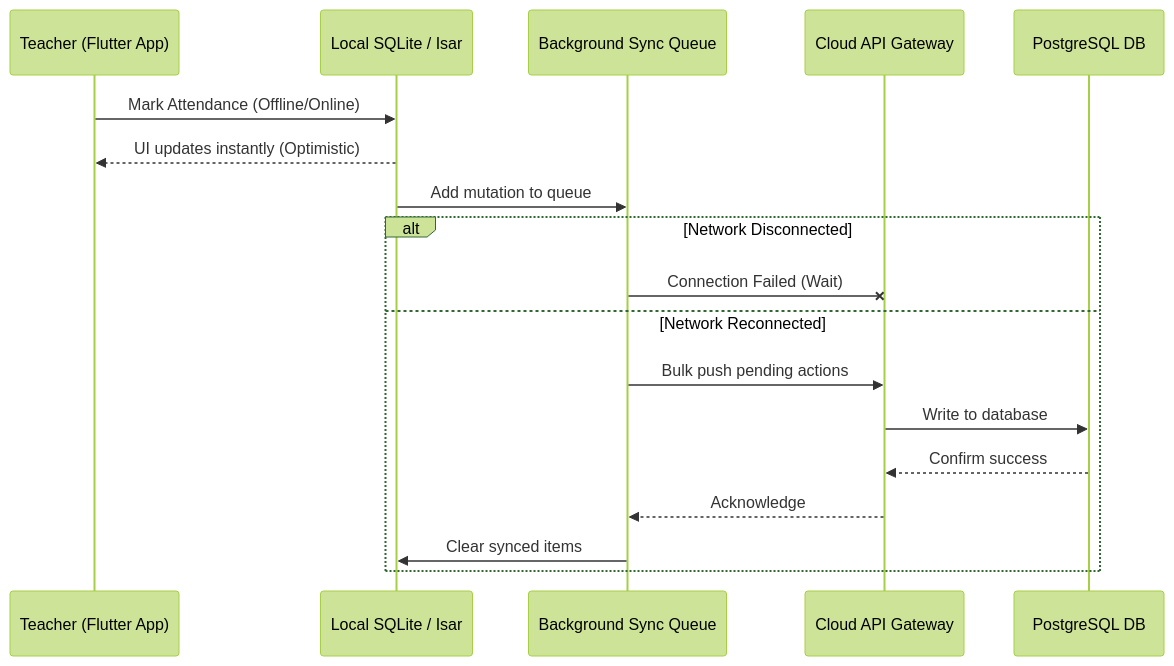
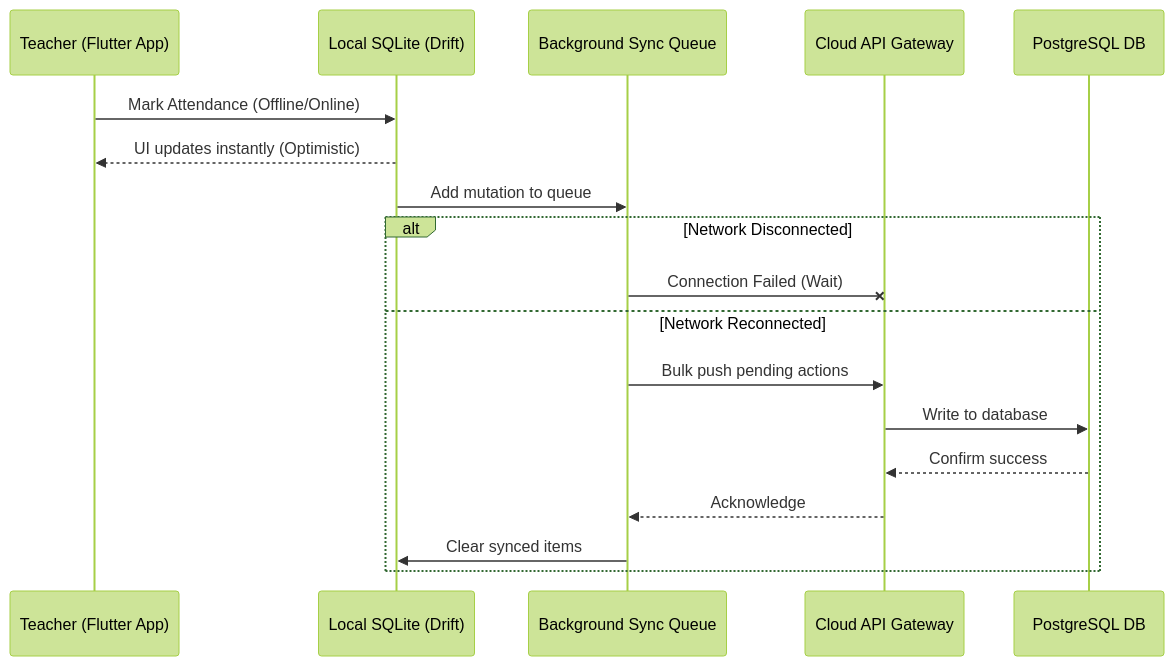
One commit to eddy7896/OSCH changed the fifth of 15 diagrams in documentation/OruSchools SSOT.md. Above: the diagram before and after it, drawn with Mermaid (forest theme). The commit also changed other lines of this file and 533 other files, not shown here.

````diff
--- a/documentation/OruSchools SSOT.md
+++ b/documentation/OruSchools SSOT.md
@@ -134,22 +134,22 @@
 ```mermaid
 sequenceDiagram
     participant User as Teacher (Flutter App)
-    participant LocalDB as Local SQLite / Isar
+    participant LocalDB as Local SQLite (Drift)
     participant Queue as Background Sync Queue
     participant API as Cloud API Gateway
     participant DB as PostgreSQL DB
 
     User->>LocalDB: Mark Attendance (Offline/Online)
     LocalDB-->>User: UI updates instantly (Optimistic)
     LocalDB->>Queue: Add mutation to queue
 
     alt Network Disconnected
         Queue-xAPI: Connection Failed (Wait)
     else Network Reconnected
         Queue->>API: Bulk push pending actions
         API->>DB: Write to database
         DB-->>API: Confirm success
         API-->>Queue: Acknowledge
         Queue->>LocalDB: Clear synced items
     end
 ```
````
